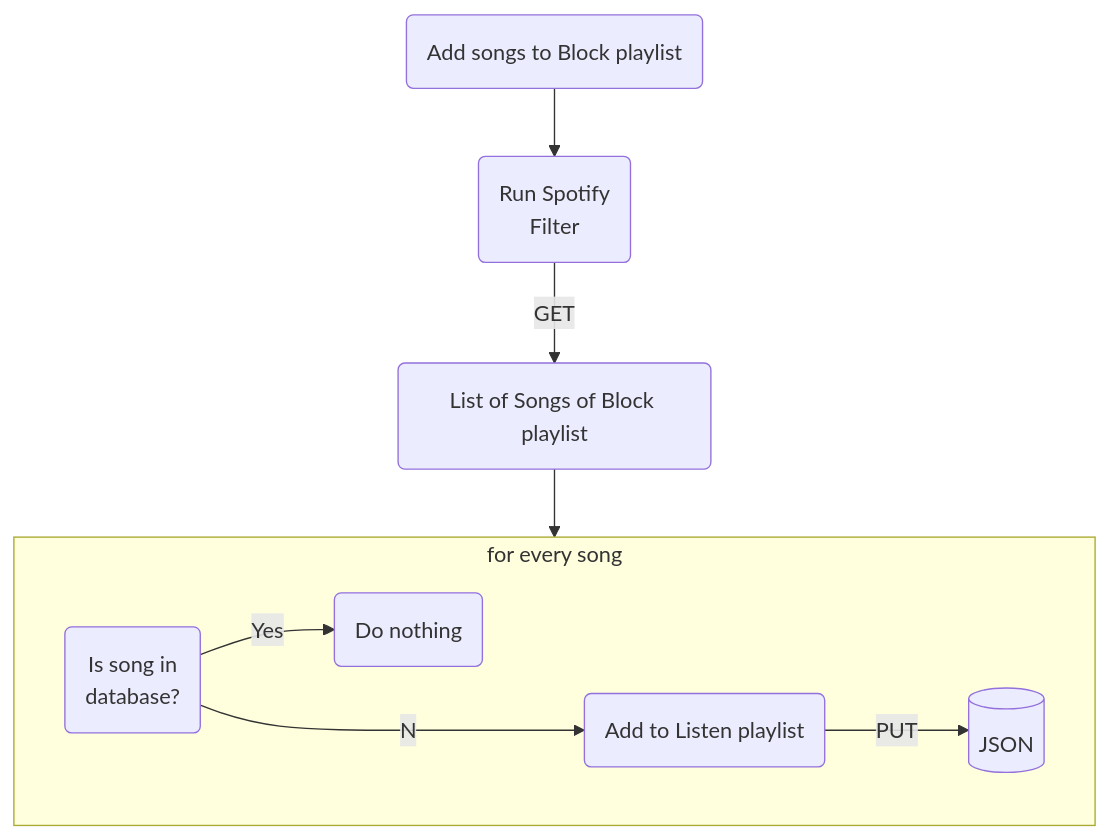
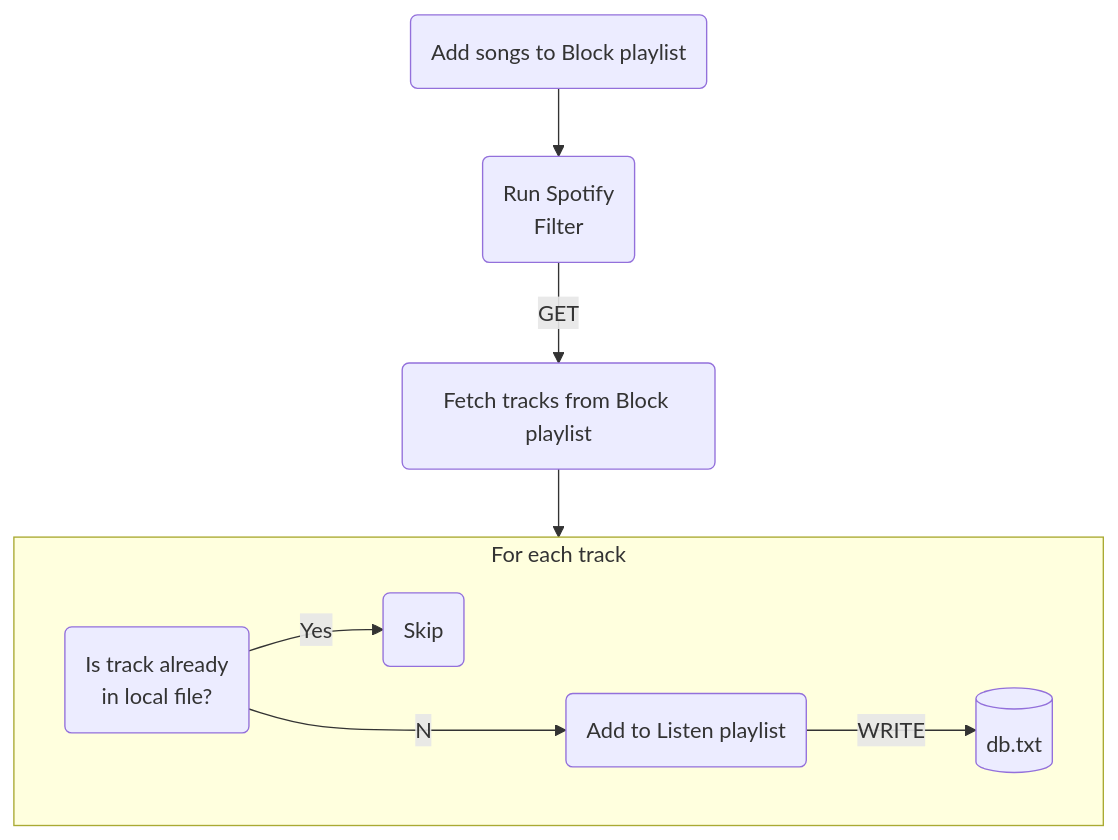
The diagram in README.md (amarilz/Spotify-Filter), drawn with Mermaid before and after one commit. The commit also changed other lines of this file, not shown here.

`````diff
--- a/README.md
+++ b/README.md
@@ -15,14 +17,14 @@
 ```mermaid
 flowchart TD
 id1(Add songs to Block playlist) --> id2("Run Spotify\nFilter")
-id2 --GET--> id3(List of Songs of Block playlist)
+id2 --GET--> id3(Fetch tracks from Block playlist)
 id3 --> ide1
-id4("Is song in\ndatabase?")
+id4("Is track already\nin local file?")
 id6(Add to Listen playlist)
-id7[(JSON)]
-subgraph ide1 [for every song]
-    id4 --Yes--> id5(Do nothing)
+id7[(db.txt)]
+subgraph ide1 [For each track]
+    id4 --Yes--> id5(Skip)
     id4 --No--> id6
-    id6 --PUT--> id7
+    id6 --WRITE--> id7
 end
-```
+````
`````
